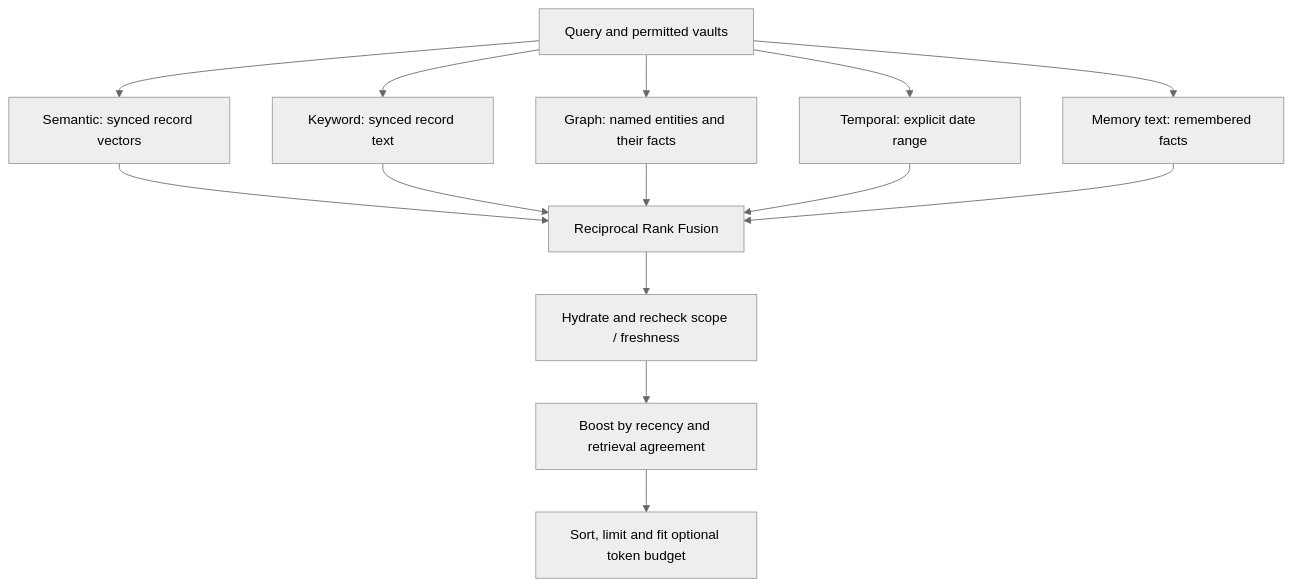
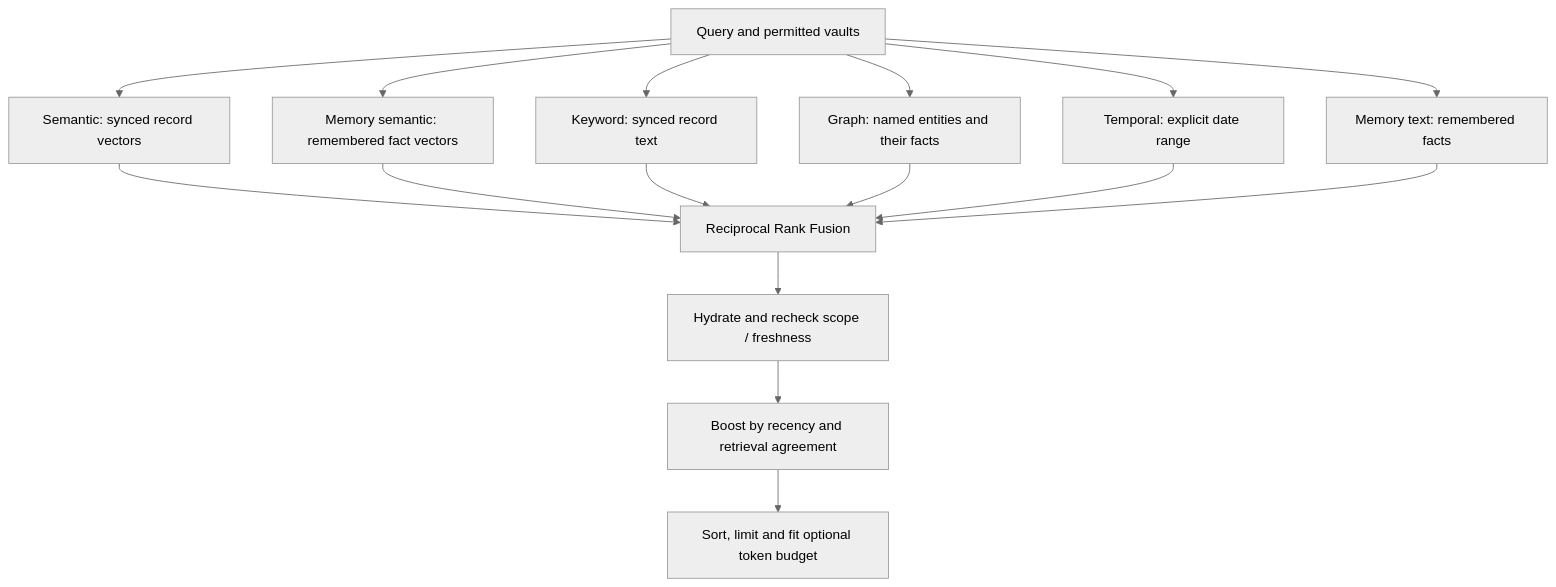
Before and after one commit to Cashara-io/eunomia: the second of 3 diagrams in docs/architecture.md, drawn with Mermaid (neutral theme). The commit also changed other lines of this file and 18 other files, not shown here.

````diff
--- a/docs/architecture.md
+++ b/docs/architecture.md
@@ -201,16 +201,18 @@
 ```mermaid
 flowchart TD
     Q[Query and permitted vaults] --> S[Semantic: synced record vectors]
     Q --> K[Keyword: synced record text]
     Q --> G[Graph: named entities and their facts]
     Q --> T[Temporal: explicit date range]
     Q --> M[Memory text: remembered facts]
+    Q --> V[Memory semantic: remembered fact vectors]
     S --> R[Reciprocal Rank Fusion]
+    V --> R
     K --> R
     G --> R
     T --> R
     M --> R
     R --> H[Hydrate and recheck scope / freshness]
     H --> B[Boost by recency and retrieval agreement]
     B --> O[Sort, limit and fit optional token budget]
 ```
````
